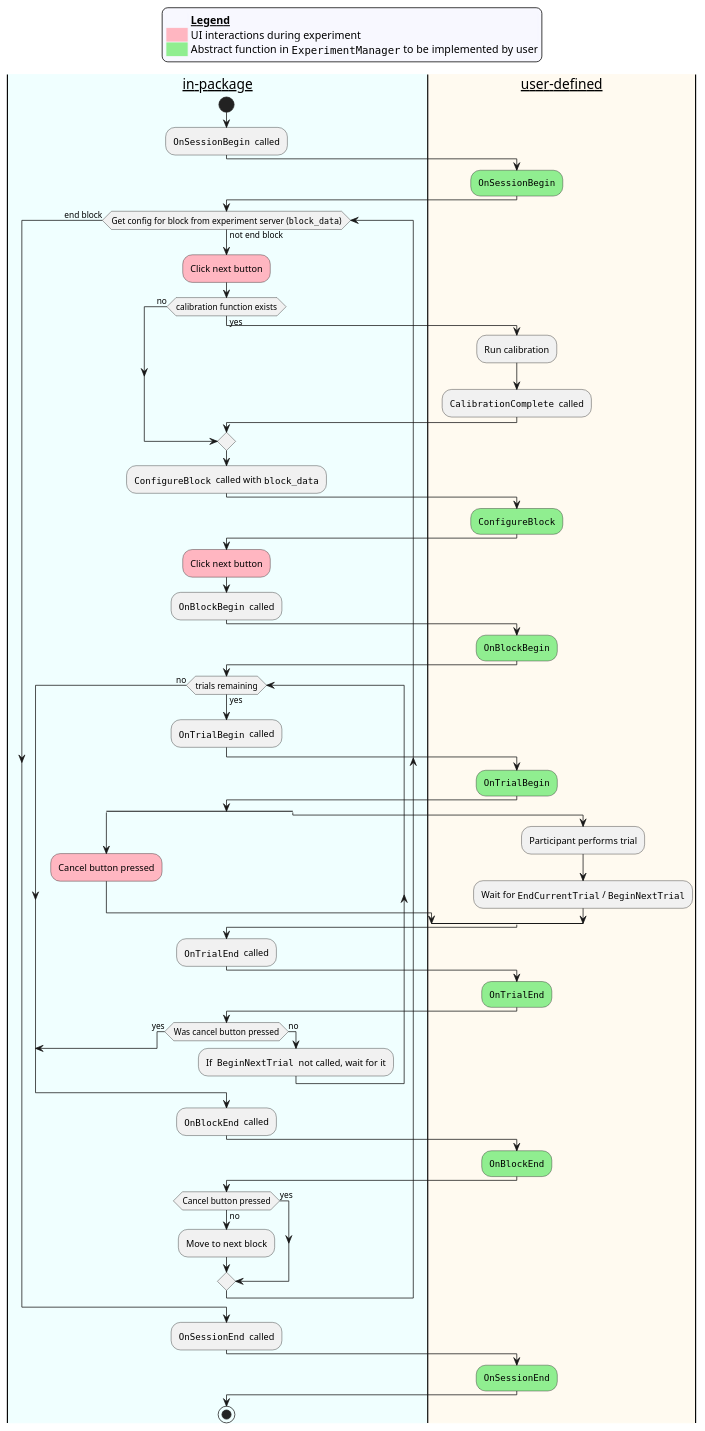
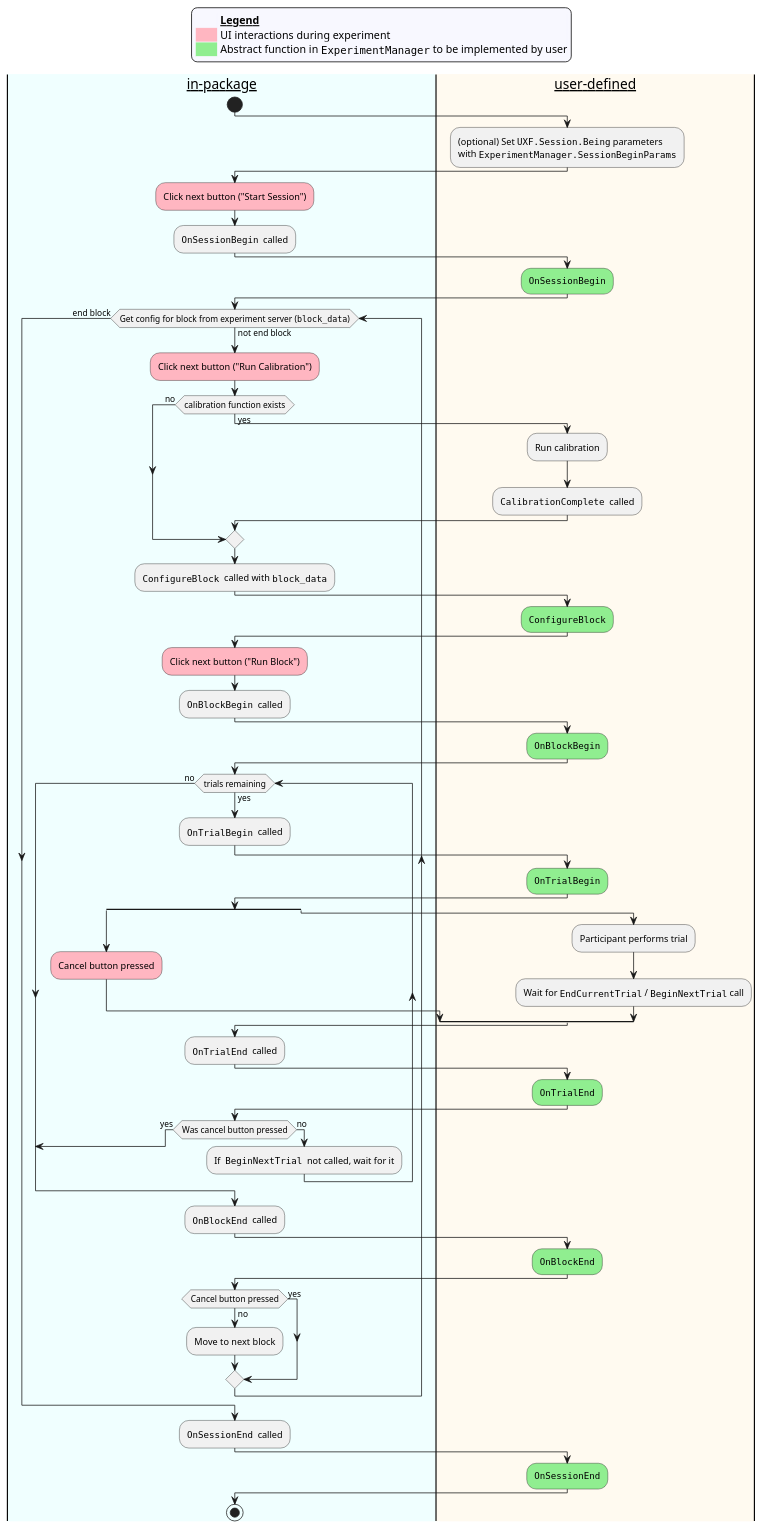
One commit to ovi-lab/UXF-extensions changed the diagram in Docs~/activity_chart.plantuml. Above: the diagram before and after it, drawn with PlantUML. The commit also changed 2 other files, not shown here.

```diff
--- a/Docs~/activity_chart.plantuml
+++ b/Docs~/activity_chart.plantuml
@@ -1,94 +1,99 @@
 @startuml
 skinparam legend {
   backgroundColor #GhostWhite
   entrySeparator #GhostWhite
 }
 
 legend top
   <#GhostWhite,#GhostWhite>|        |= __Legend__ |
   |<#lightpink>   | UI interactions during experiment|
   |<#lightgreen>  | Abstract function in ""ExperimentManager"" to be implemented by user|
 endlegend
 
 |__in-package__|
 start
+|#FloralWhite|__user-defined__|
+:(optional) Set ""UXF.Session.Being"" parameters
+with ""ExperimentManager.SessionBeginParams"";
+|__in-package__|
+#lightpink:Click next button ("Start Session");
 :""OnSessionBegin""  called;
-|#FloralWhite|__user-defined__|
+|__user-defined__|
 #lightgreen:""OnSessionBegin"";
 |#Azure|__in-package__|
 
 while (Get config for block from experiment server (""block_data"")) is (not end block)
 
-    #lightpink:Click next button;
+    #lightpink:Click next button ("Run Calibration");
     if (calibration function exists) then (yes)
         |__user-defined__|
         :Run calibration;
         :""CalibrationComplete""  called;
     else (no)
     endif
 
     |__in-package__|
     :""ConfigureBlock""  called with ""block_data"";
 
     |__user-defined__|
     #lightgreen:""ConfigureBlock"";
 
     |__in-package__|
-    #lightpink:Click next button;
+    #lightpink:Click next button ("Run Block");
     :""OnBlockBegin""  called;
 
     |__user-defined__|
     #lightgreen:""OnBlockBegin"";
 
     |__in-package__|
     while (trials remaining) is (yes)
 
         :""OnTrialBegin""  called;
 
         |__user-defined__|
         #lightgreen:""OnTrialBegin"";
 
         split
             |__in-package__|
             #lightpink:Cancel button pressed;
         split again
             |__user-defined__|
             :Participant performs trial;
-            :Wait for ""EndCurrentTrial"" / ""BeginNextTrial"";
+            :Wait for ""EndCurrentTrial"" / ""BeginNextTrial"" call;
         end split
 
         |__in-package__|
         :""OnTrialEnd""  called;
 
         |__user-defined__|
         #lightgreen:""OnTrialEnd"";
 
         |__in-package__|
         if (Was cancel button pressed) then (yes)
             break
         else (no)
             :If  ""BeginNextTrial""  not called, wait for it;
         endif
     endwhile (no)
 
     :""OnBlockEnd""  called;
 
     |__user-defined__|
     #lightgreen:""OnBlockEnd"";
 
     |__in-package__|
     if (Cancel button pressed) then (no)
         :Move to next block;
     else (yes)
     endif
 
 endwhile (end block)
 
 :""OnSessionEnd""  called;
 
 |__user-defined__|
 #lightgreen:""OnSessionEnd"";
 
 |__in-package__|
 stop
 @enduml
```
